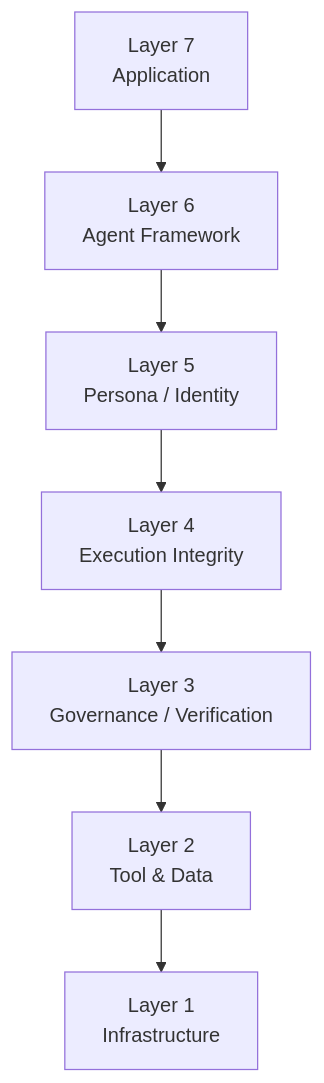
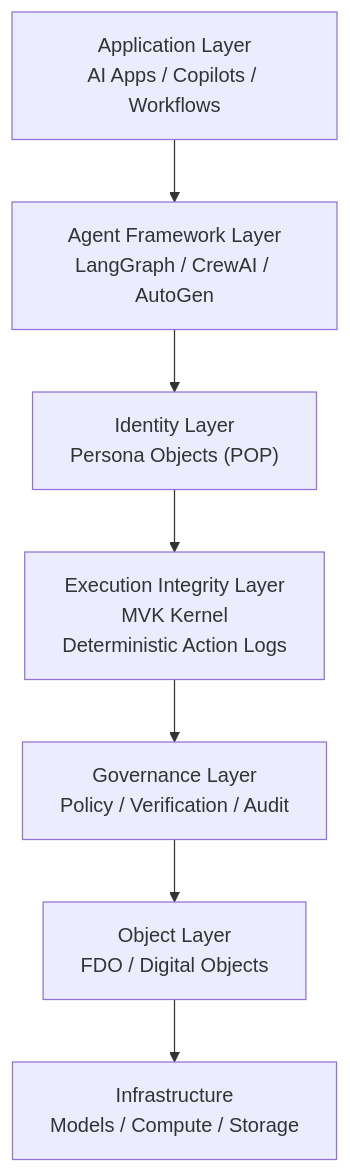
One commit to joy7758/fdo-kernel-mvk changed the diagram in README.md. Above: the diagram before and after it, drawn with Mermaid. The commit also changed other lines of this file and 3 other files, not shown here.

Commit message:
docs: add AI Agent Architecture Map

````diff
--- a/README.md
+++ b/README.md
@@ -34,9 +35,9 @@
 ```mermaid
 flowchart TB
-    A["Layer 7<br>Application"] --> B["Layer 6<br>Agent Framework"]
-    B --> C["Layer 5<br>Persona / Identity"]
-    C --> D["Layer 4<br>Execution Integrity"]
-    D --> E["Layer 3<br>Governance / Verification"]
-    E --> F["Layer 2<br>Tool & Data"]
-    F --> G["Layer 1<br>Infrastructure"]
+    A["Application Layer<br>AI Apps / Copilots / Workflows"] --> B["Agent Framework Layer<br>LangGraph / CrewAI / AutoGen"]
+    B --> C["Identity Layer<br>Persona Objects (POP)"]
+    C --> D["Execution Integrity Layer<br>MVK Kernel<br>Deterministic Action Logs"]
+    D --> E["Governance Layer<br>Policy / Verification / Audit"]
+    E --> F["Object Layer<br>FDO / Digital Objects"]
+    F --> G["Infrastructure<br>Models / Compute / Storage"]
 ```
````
